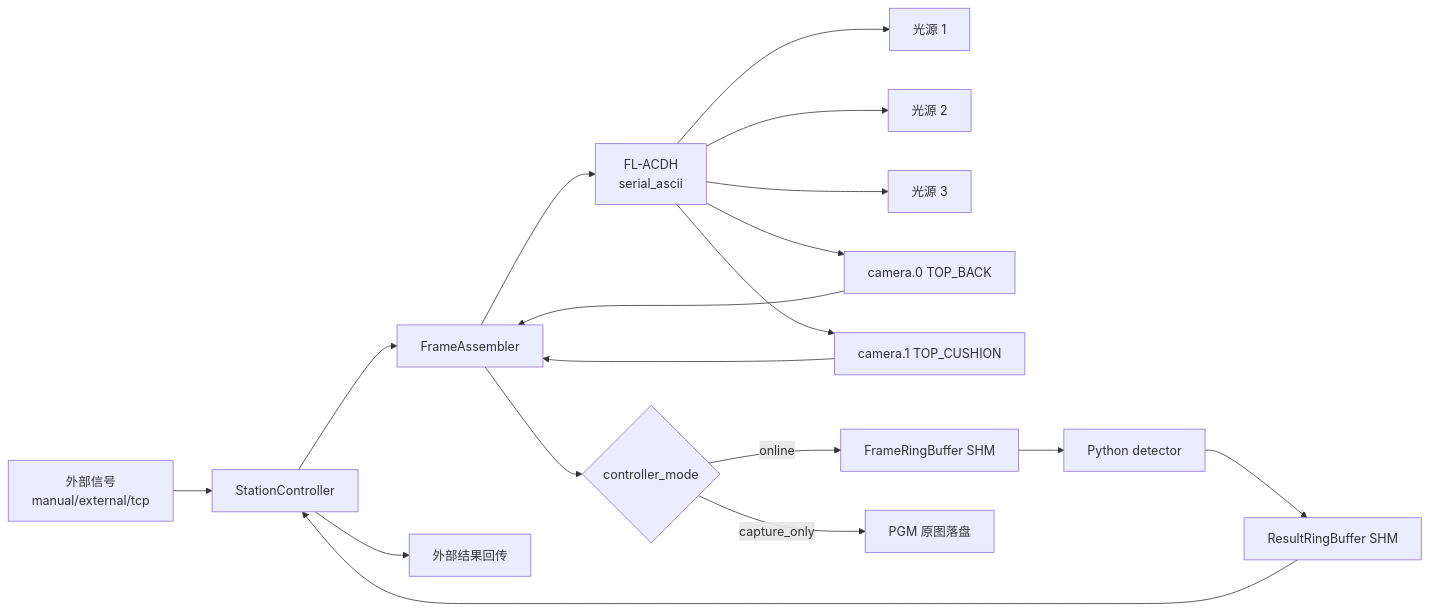
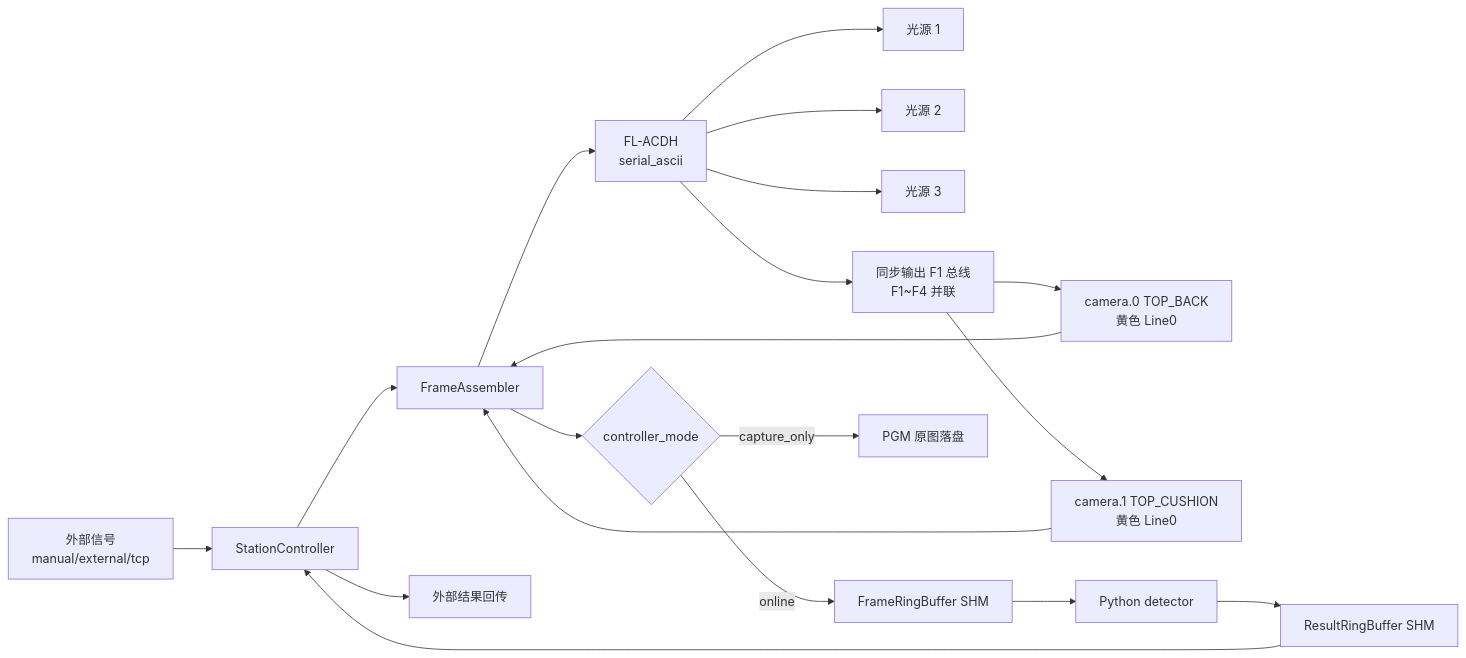
Before and after one commit to celien99/seat-surface-aoi: the diagram in cpp_controller/README.md, drawn with Mermaid. The commit also changed other lines of this file and 12 other files, not shown here.

````diff
--- a/cpp_controller/README.md
+++ b/cpp_controller/README.md
@@ -7,20 +7,21 @@
 ```mermaid
 flowchart LR
   Signal["外部信号\nmanual/external/tcp"] --> Station["StationController"]
   Station --> Assembler["FrameAssembler"]
   Assembler --> Strobe["FL-ACDH\nserial_ascii"]
   Strobe --> L1["光源 1"]
   Strobe --> L2["光源 2"]
   Strobe --> L3["光源 3"]
-  Strobe --> Cam0["camera.0 TOP_BACK"]
-  Strobe --> Cam1["camera.1 TOP_CUSHION"]
+  Strobe --> F1["同步输出 F1 总线\nF1~F4 并联"]
+  F1 --> Cam0["camera.0 TOP_BACK\n黄色 Line0"]
+  F1 --> Cam1["camera.1 TOP_CUSHION\n黄色 Line0"]
   Cam0 --> Assembler
   Cam1 --> Assembler
   Assembler --> Mode{"controller_mode"}
   Mode -->|online| FrameRing["FrameRingBuffer SHM"]
   FrameRing --> Py["Python detector"]
   Py --> ResultRing["ResultRingBuffer SHM"]
   ResultRing --> Station
   Mode -->|capture_only| Images["PGM 原图落盘"]
   Station --> Output["外部结果回传"]
 ```
````
